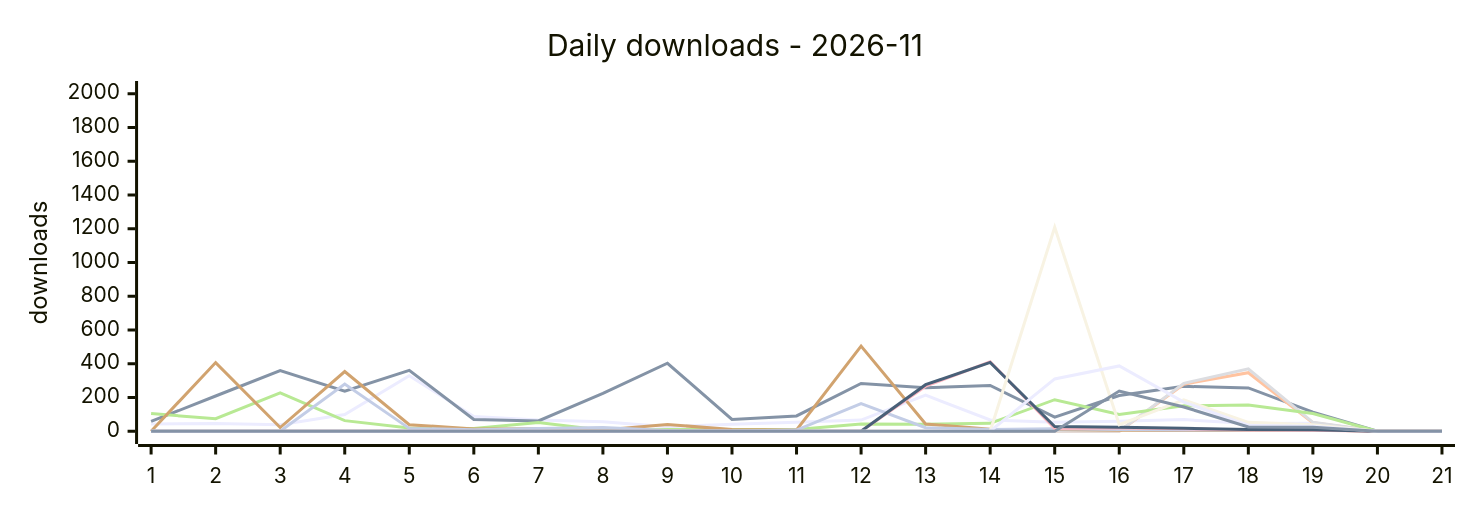
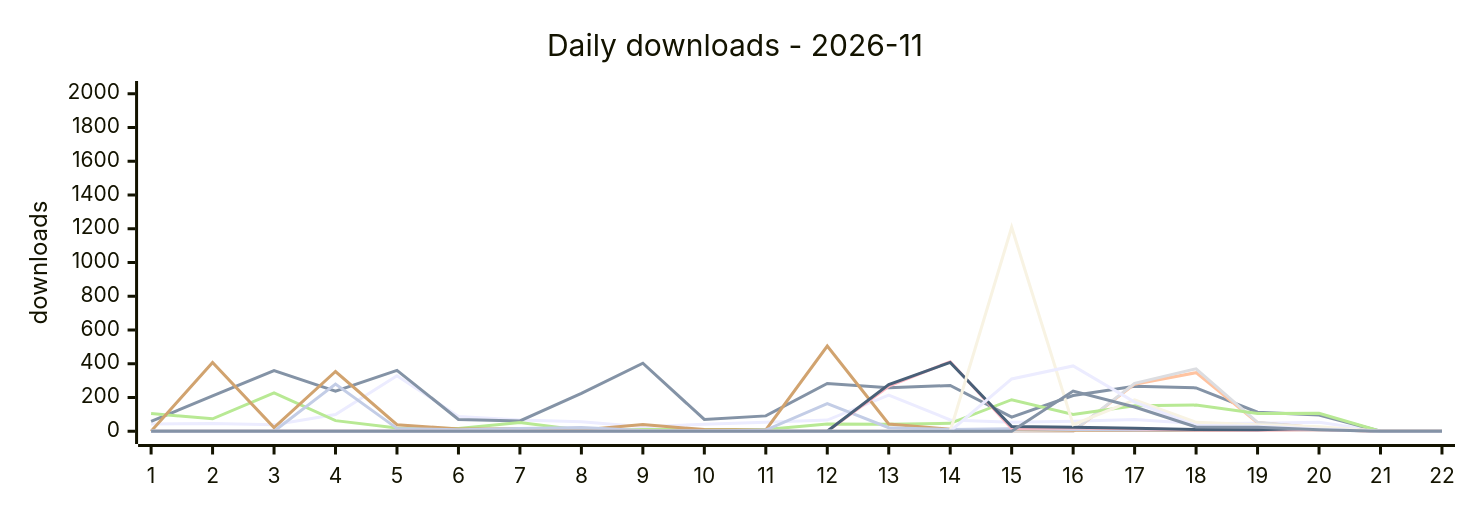
The first of 2 diagrams in DASHBOARD.md (terry2010/npm-downloads-tracker), drawn with Mermaid before and after one commit. The commit also changed other lines of this file and 1 other file, not shown here.

````diff
--- a/DASHBOARD.md
+++ b/DASHBOARD.md
@@ -43,19 +43,19 @@
 ```mermaid
 %%{init: {'xyChart': {'width': 960, 'height': 320}}}%%
 xychart-beta
     title "Daily downloads - 2026-11"
-    x-axis ["1", "2", "3", "4", "5", "6", "7", "8", "9", "10", "11", "12", "13", "14", "15", "16", "17", "18", "19", "20", "21"]
+    x-axis ["1", "2", "3", "4", "5", "6", "7", "8", "9", "10", "11", "12", "13", "14", "15", "16", "17", "18", "19", "20", "21", "22"]
     y-axis "downloads" 0 --> 2000
-    line "dsh-loop-recover" [43, 46, 39, 99, 329, 88, 66, 56, 27, 42, 54, 66, 214, 67, 53, 59, 69, 46, 48, 0, 0]
-    line "dsh-rss-news-daily" [58, 209, 359, 237, 361, 70, 61, 224, 403, 70, 91, 283, 258, 271, 84, 212, 266, 257, 113, 0, 0]
-    line "dsh-rss-news-flash-kuaixun" [0, 0, 0, 0, 0, 0, 0, 0, 0, 0, 0, 0, 0, 0, 0, 0, 279, 347, 50, 0, 0]
-    line "dsh-rss-news-browser-fetch" [0, 0, 0, 0, 0, 0, 0, 0, 0, 0, 0, 0, 0, 0, 0, 0, 284, 370, 53, 0, 0]
-    line "opencode-loop-recover" [105, 74, 228, 63, 19, 16, 52, 6, 10, 11, 10, 43, 41, 47, 187, 100, 151, 155, 105, 0, 0]
-    line "oc-market-quail-zephyr-72a0" [0, 407, 22, 354, 39, 14, 15, 7, 40, 10, 8, 505, 43, 12, 11, 6, 5, 5, 9, 0, 0]
-    line "awesome-opencode-market" [0, 0, 0, 280, 17, 9, 17, 22, 4, 1, 7, 164, 21, 10, 15, 10, 7, 8, 11, 0, 0]
-    line "surfbird" [0, 0, 0, 0, 0, 0, 0, 0, 0, 0, 0, 0, 267, 412, 16, 19, 15, 8, 6, 0, 0]
-    line "surfbird-mcp" [0, 0, 0, 0, 0, 0, 0, 0, 0, 0, 0, 0, 276, 408, 28, 23, 18, 10, 9, 0, 0]
-    line "dsh-control-surfbird-for-kitesurf" [0, 0, 0, 0, 0, 0, 0, 0, 0, 0, 0, 0, 0, 0, 1209, 39, 186, 53, 38, 0, 0]
-    line "opencode-control-surfbird-for-kitesurf" [0, 0, 0, 0, 0, 0, 0, 0, 0, 0, 0, 0, 0, 0, 310, 387, 173, 34, 30, 0, 0]
-    line "pi-control-surfbird-for-kitesurf" [0, 0, 0, 0, 0, 0, 0, 0, 0, 0, 0, 0, 0, 0, 0, 238, 144, 25, 24, 0, 0]
+    line "dsh-loop-recover" [43, 46, 39, 99, 329, 88, 66, 56, 27, 42, 54, 66, 214, 67, 53, 59, 69, 46, 48, 53, 0, 0]
+    line "dsh-rss-news-daily" [58, 209, 359, 237, 361, 70, 61, 224, 403, 70, 91, 283, 258, 271, 84, 212, 266, 257, 113, 96, 0, 0]
+    line "dsh-rss-news-flash-kuaixun" [0, 0, 0, 0, 0, 0, 0, 0, 0, 0, 0, 0, 0, 0, 0, 0, 279, 347, 50, 21, 0, 0]
+    line "dsh-rss-news-browser-fetch" [0, 0, 0, 0, 0, 0, 0, 0, 0, 0, 0, 0, 0, 0, 0, 0, 284, 370, 53, 20, 0, 0]
+    line "opencode-loop-recover" [105, 74, 228, 63, 19, 16, 52, 6, 10, 11, 10, 43, 41, 47, 187, 100, 151, 155, 105, 106, 0, 0]
+    line "oc-market-quail-zephyr-72a0" [0, 407, 22, 354, 39, 14, 15, 7, 40, 10, 8, 505, 43, 12, 11, 6, 5, 5, 9, 10, 0, 0]
+    line "awesome-opencode-market" [0, 0, 0, 280, 17, 9, 17, 22, 4, 1, 7, 164, 21, 10, 15, 10, 7, 8, 11, 9, 0, 0]
+    line "surfbird" [0, 0, 0, 0, 0, 0, 0, 0, 0, 0, 0, 0, 267, 412, 16, 19, 15, 8, 6, 10, 0, 0]
+    line "surfbird-mcp" [0, 0, 0, 0, 0, 0, 0, 0, 0, 0, 0, 0, 276, 408, 28, 23, 18, 10, 9, 18, 0, 0]
+    line "dsh-control-surfbird-for-kitesurf" [0, 0, 0, 0, 0, 0, 0, 0, 0, 0, 0, 0, 0, 0, 1209, 39, 186, 53, 38, 27, 0, 0]
+    line "opencode-control-surfbird-for-kitesurf" [0, 0, 0, 0, 0, 0, 0, 0, 0, 0, 0, 0, 0, 0, 310, 387, 173, 34, 30, 13, 0, 0]
+    line "pi-control-surfbird-for-kitesurf" [0, 0, 0, 0, 0, 0, 0, 0, 0, 0, 0, 0, 0, 0, 0, 238, 144, 25, 24, 9, 0, 0]
 ```
````
